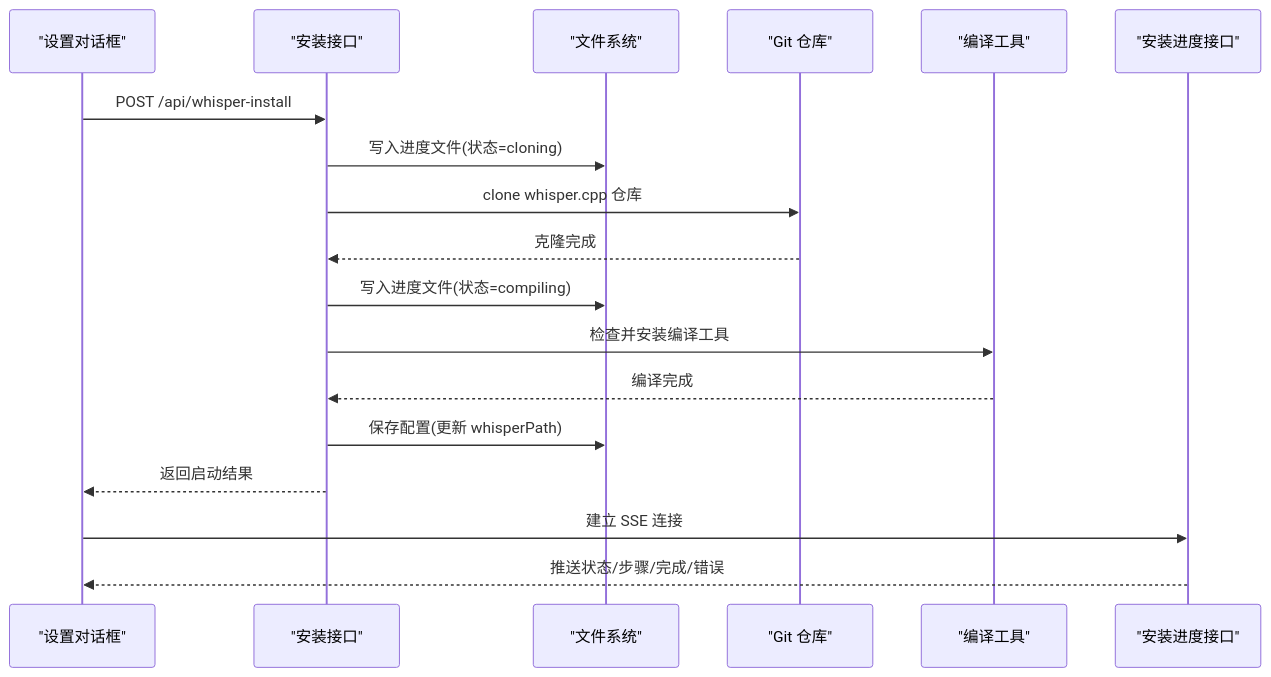
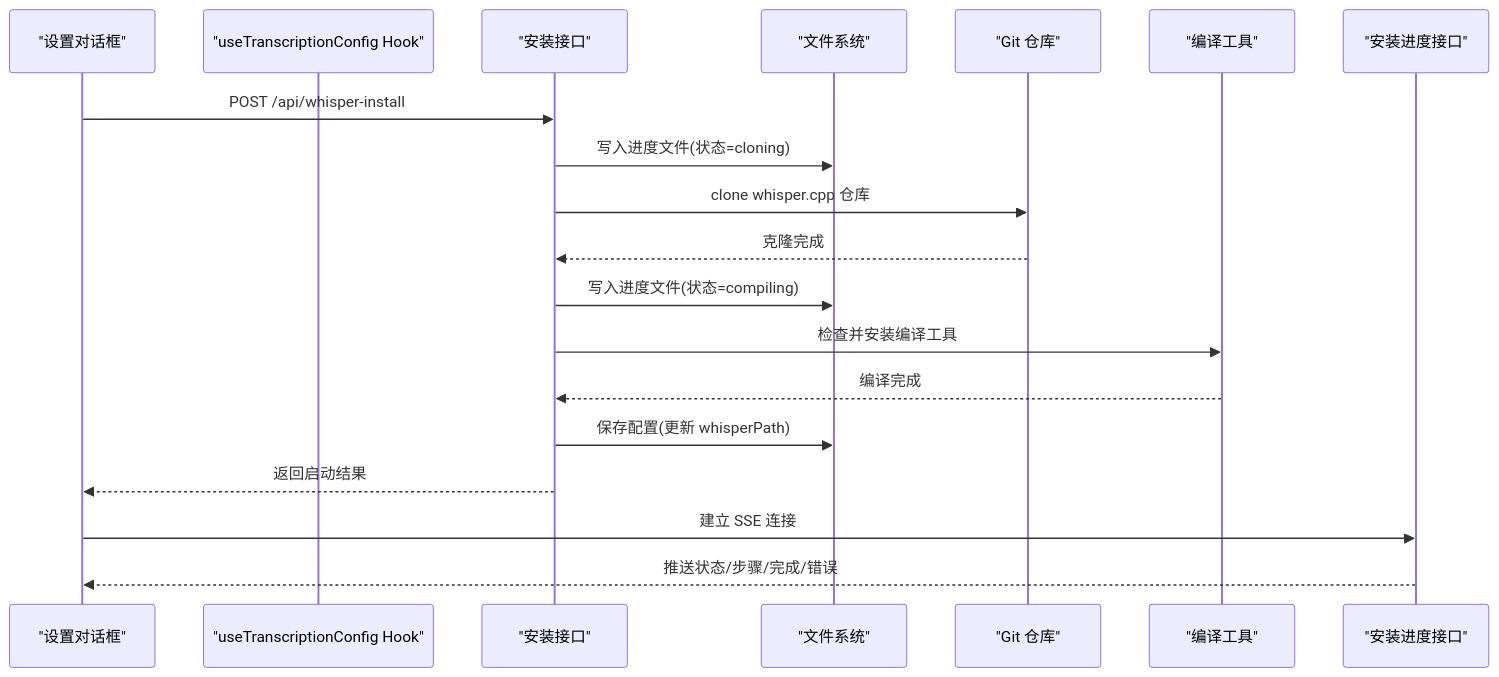
Before and after one commit to clawbotai/memo-flow: the eighth of 11 diagrams in .qoder/repowiki/zh/content/核心功能模块/Whisper 配置管理.md, drawn with Mermaid. The commit also changed other lines of this file and 4 other files, not shown here.

````diff
--- a/.qoder/repowiki/zh/content/核心功能模块/Whisper 配置管理.md
+++ b/.qoder/repowiki/zh/content/核心功能模块/Whisper 配置管理.md
@@ -431,20 +392,21 @@
 ```mermaid
 sequenceDiagram
 participant UI as "设置对话框"
+participant Hook as "useTranscriptionConfig Hook"
 participant INSTALL as "安装接口"
 participant FS as "文件系统"
 participant GIT as "Git 仓库"
 participant CMAKE as "编译工具"
 participant PROG as "安装进度接口"
 UI->>INSTALL : POST /api/whisper-install
 INSTALL->>FS : 写入进度文件(状态=cloning)
 INSTALL->>GIT : clone whisper.cpp 仓库
 GIT-->>INSTALL : 克隆完成
 INSTALL->>FS : 写入进度文件(状态=compiling)
 INSTALL->>CMAKE : 检查并安装编译工具
 CMAKE-->>INSTALL : 编译完成
 INSTALL->>FS : 保存配置(更新 whisperPath)
 INSTALL-->>UI : 返回启动结果
 UI->>PROG : 建立 SSE 连接
 PROG-->>UI : 推送状态/步骤/完成/错误
 ```
````
